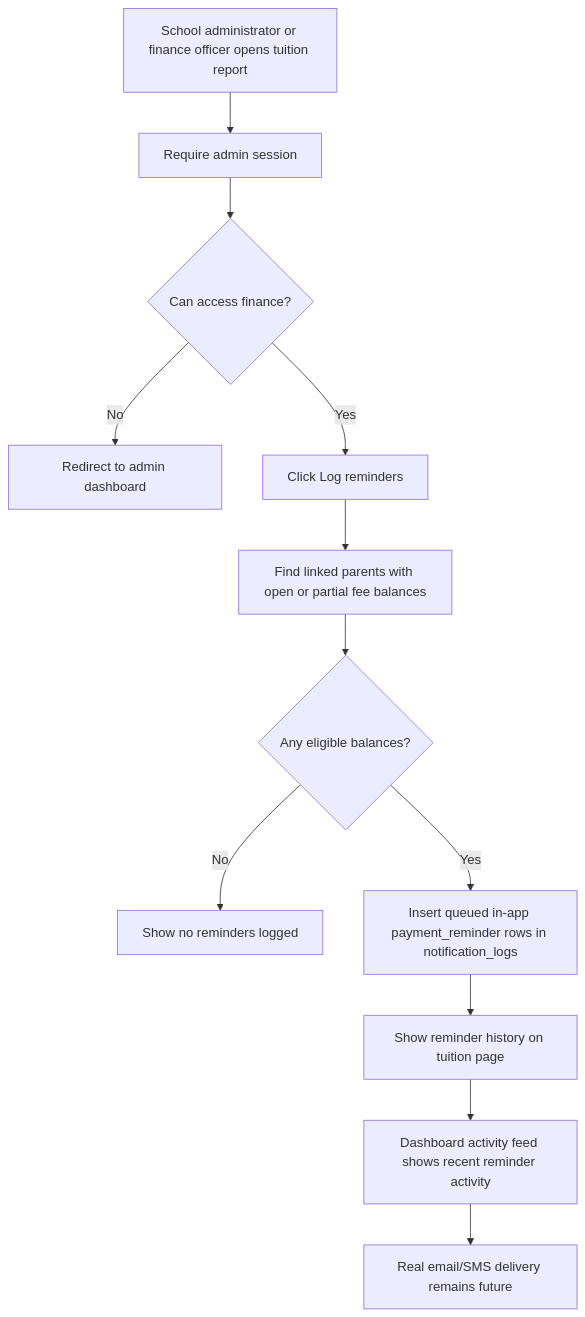
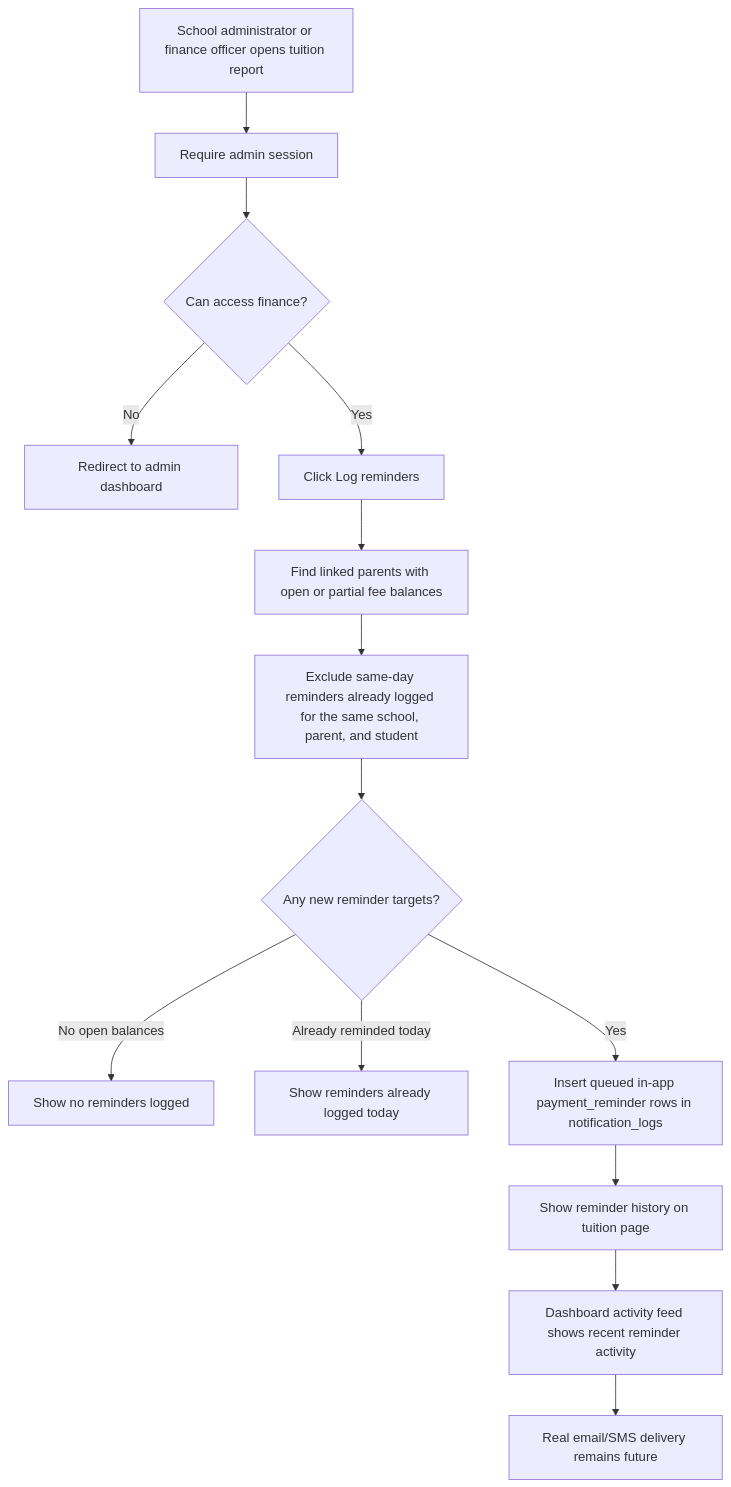
One commit to Xeyn19/xmetapay changed diagram 16 of 17 in docs/PROJECT_FLOWCHARTS.md. Above: the diagram before and after it, drawn with Mermaid. The commit also changed other lines of this file and 13 other files, not shown here.

````diff
--- a/docs/PROJECT_FLOWCHARTS.md
+++ b/docs/PROJECT_FLOWCHARTS.md
@@ -533,14 +533,16 @@
 ```mermaid
 flowchart TD
   A["School administrator or finance officer opens tuition report"] --> B["Require admin session"]
   B --> C{"Can access finance?"}
   C -->|No| D["Redirect to admin dashboard"]
   C -->|Yes| E["Click Log reminders"]
   E --> F["Find linked parents with open or partial fee balances"]
-  F --> G{"Any eligible balances?"}
-  G -->|No| H["Show no reminders logged"]
-  G -->|Yes| I["Insert queued in-app payment_reminder rows in notification_logs"]
-  I --> J["Show reminder history on tuition page"]
-  J --> K["Dashboard activity feed shows recent reminder activity"]
-  K --> L["Real email/SMS delivery remains future"]
+  F --> G["Exclude same-day reminders already logged for the same school, parent, and student"]
+  G --> H{"Any new reminder targets?"}
+  H -->|No open balances| I["Show no reminders logged"]
+  H -->|Already reminded today| J["Show reminders already logged today"]
+  H -->|Yes| K["Insert queued in-app payment_reminder rows in notification_logs"]
+  K --> L["Show reminder history on tuition page"]
+  L --> M["Dashboard activity feed shows recent reminder activity"]
+  M --> N["Real email/SMS delivery remains future"]
 ```
````
